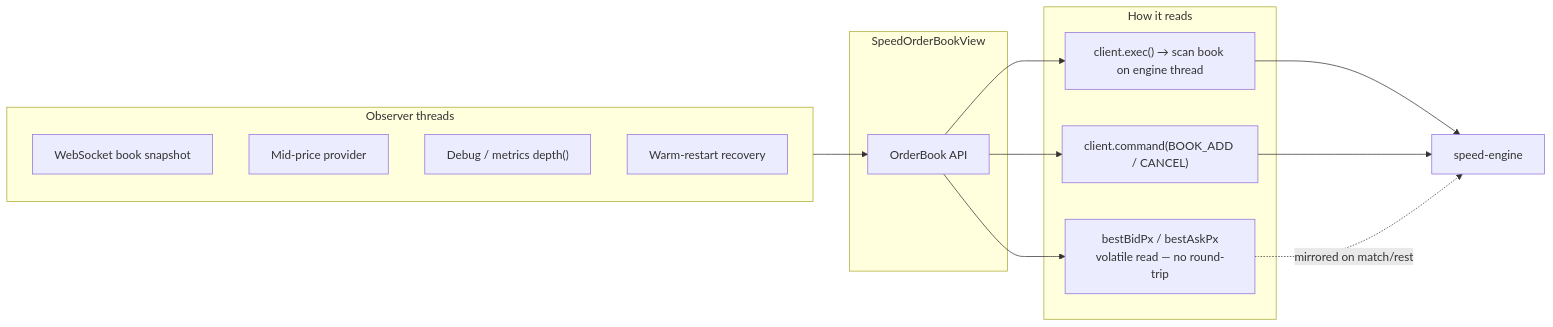
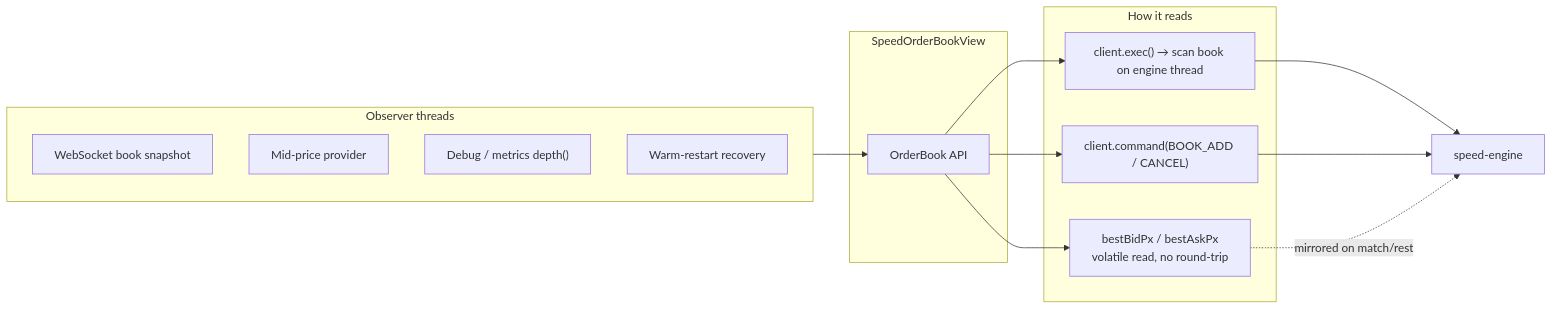
One commit to mc139/fx-oee-docs changed the tenth of 11 diagrams in speed-engine-architecture.md. Above: the diagram before and after it, drawn with Mermaid. The commit also changed other lines of this file and 21 other files, not shown here.

````diff
--- a/speed-engine-architecture.md
+++ b/speed-engine-architecture.md
@@ -388,27 +391,27 @@
 ```mermaid
 flowchart LR
     subgraph observers["Observer threads"]
         WS["WebSocket book snapshot"]
         MID["Mid-price provider"]
         DBG["Debug / metrics depth()"]
         REC["Warm-restart recovery"]
     end
 
     subgraph view["SpeedOrderBookView"]
         API["OrderBook API"]
     end
 
     subgraph paths["How it reads"]
-        VOL["bestBidPx / bestAskPx<br/>volatile read — no round-trip"]
+        VOL["bestBidPx / bestAskPx<br/>volatile read, no round-trip"]
         EXEC["client.exec() → scan book on engine thread"]
         CMD["client.command(BOOK_ADD / CANCEL)"]
     end
 
     observers --> API
     API --> VOL
     API --> EXEC
     API --> CMD
     EXEC --> ET["speed-engine"]
     CMD --> ET
     VOL -.->|"mirrored on match/rest"| ET
 ```
````
